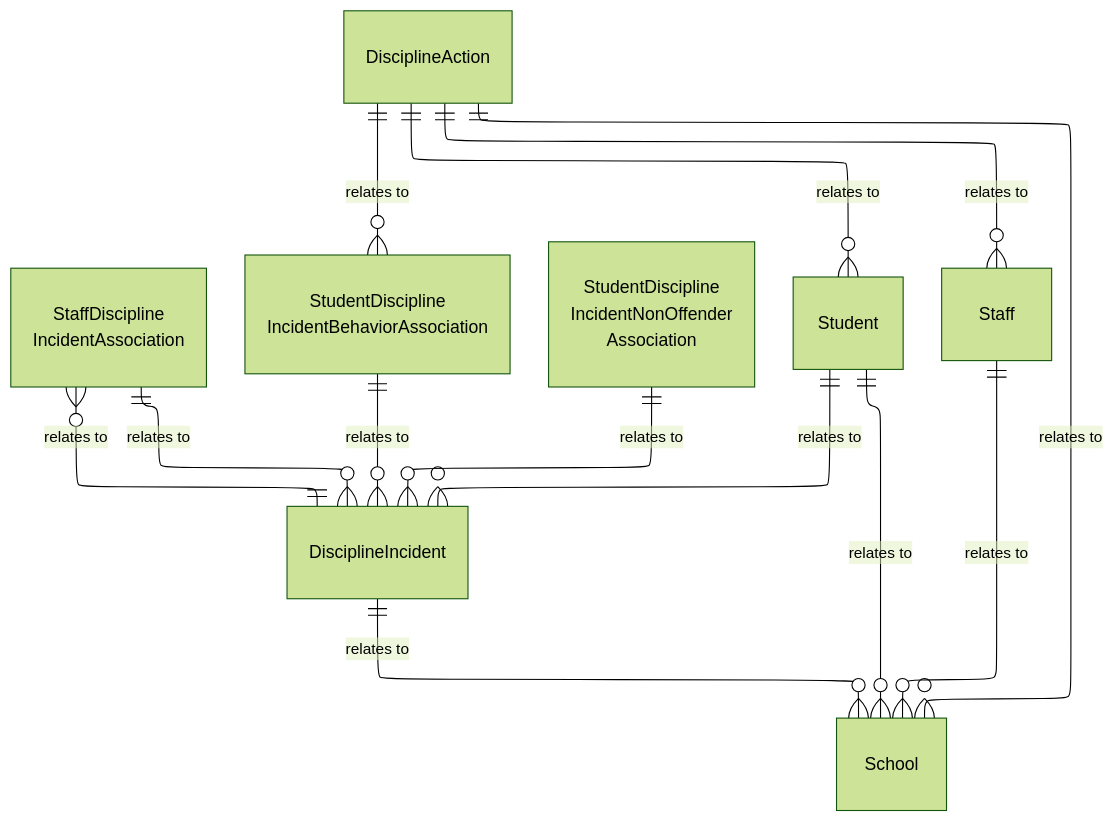
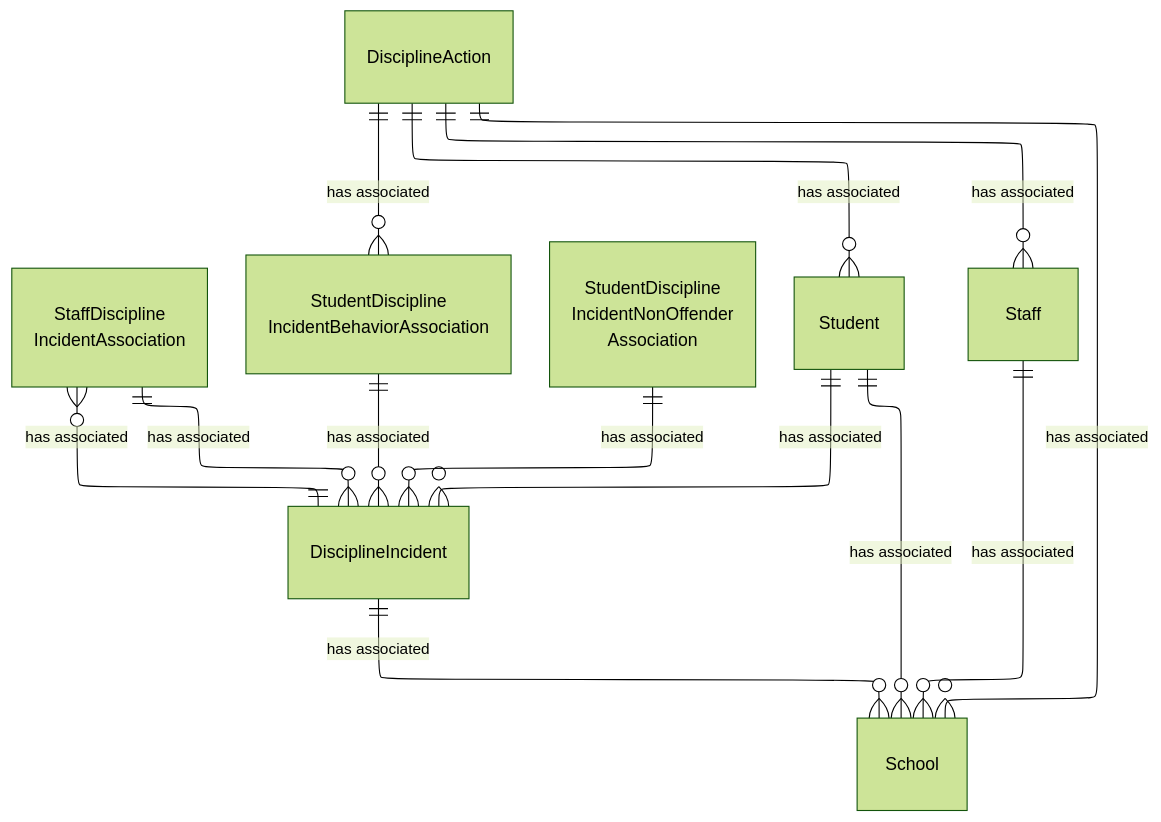
The diagram in dataStandard_versioned_docs/version-6/model-reference/discipline-domain/model-diagrams.md (Ed-Fi-Alliance-OSS/ed-fi-alliance-oss.github.io), drawn with Mermaid (forest theme) before and after one commit. The commit also changed 24 other files, not shown here.

````diff
--- a/dataStandard_versioned_docs/version-6/model-reference/discipline-domain/model-diagrams.md
+++ b/dataStandard_versioned_docs/version-6/model-reference/discipline-domain/model-diagrams.md
@@ -10,35 +10,35 @@
 ```mermaid
 ---
 config:
   layout: elk
 ---
 erDiagram
     DisciplineIncident {
     }
     DisciplineAction {
     }
     StaffDisciplineIncidentAssociation["StaffDiscipline<br/>IncidentAssociation"] {
     }
     StudentDisciplineIncidentBehaviorAssociation["StudentDiscipline<br/>IncidentBehaviorAssociation"] {
     }
     StudentDisciplineIncidentNonOffenderAssociation["StudentDiscipline<br/>IncidentNonOffender<br/>Association"] {
     }
     Student {
     }
     Staff {
     }
     School {
     }
-    Student ||--o{ School : "relates to"
-    Student ||--o{ DisciplineIncident : "relates to"
-    DisciplineAction ||--o{ Student : "relates to"
-    DisciplineAction ||--o{ StudentDisciplineIncidentBehaviorAssociation : "relates to"
-    DisciplineAction ||--o{ Staff : "relates to"
-    DisciplineAction ||--o{ School : "relates to"
-    DisciplineIncident ||--o{ School : "relates to"
-    DisciplineIncident ||--o{ StaffDisciplineIncidentAssociation : "relates to"
-    StaffDisciplineIncidentAssociation ||--o{ DisciplineIncident : "relates to"
-    StudentDisciplineIncidentBehaviorAssociation ||--o{ DisciplineIncident : "relates to"
-    StudentDisciplineIncidentNonOffenderAssociation ||--o{ DisciplineIncident : "relates to"
-    Staff ||--o{ School : "relates to"
+    Student ||--o{ School : "has associated"
+    Student ||--o{ DisciplineIncident : "has associated"
+    DisciplineAction ||--o{ Student : "has associated"
+    DisciplineAction ||--o{ StudentDisciplineIncidentBehaviorAssociation : "has associated"
+    DisciplineAction ||--o{ Staff : "has associated"
+    DisciplineAction ||--o{ School : "has associated"
+    DisciplineIncident ||--o{ School : "has associated"
+    DisciplineIncident ||--o{ StaffDisciplineIncidentAssociation : "has associated"
+    StaffDisciplineIncidentAssociation ||--o{ DisciplineIncident : "has associated"
+    StudentDisciplineIncidentBehaviorAssociation ||--o{ DisciplineIncident : "has associated"
+    StudentDisciplineIncidentNonOffenderAssociation ||--o{ DisciplineIncident : "has associated"
+    Staff ||--o{ School : "has associated"
 ```
````
